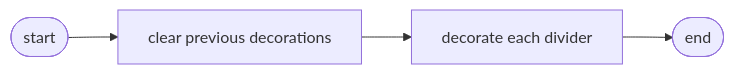
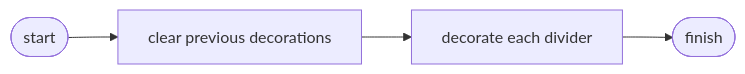
The seventh of 8 diagrams in DESIGN.md (niuiic/divider.nvim), drawn with Mermaid before and after one commit. The commit also changed other lines of this file and 2 other files, not shown here.

````diff
--- a/DESIGN.md
+++ b/DESIGN.md
@@ -225,10 +187,10 @@
 ```mermaid
 flowchart LR
-    begin([start]) --> n1
+    start([start]) --> n1
 
     n1[clear previous decorations] --> n2
 
     n2[decorate each divider] --> finish
 
-    finish([end])
+    finish([finish])
 ```
````
